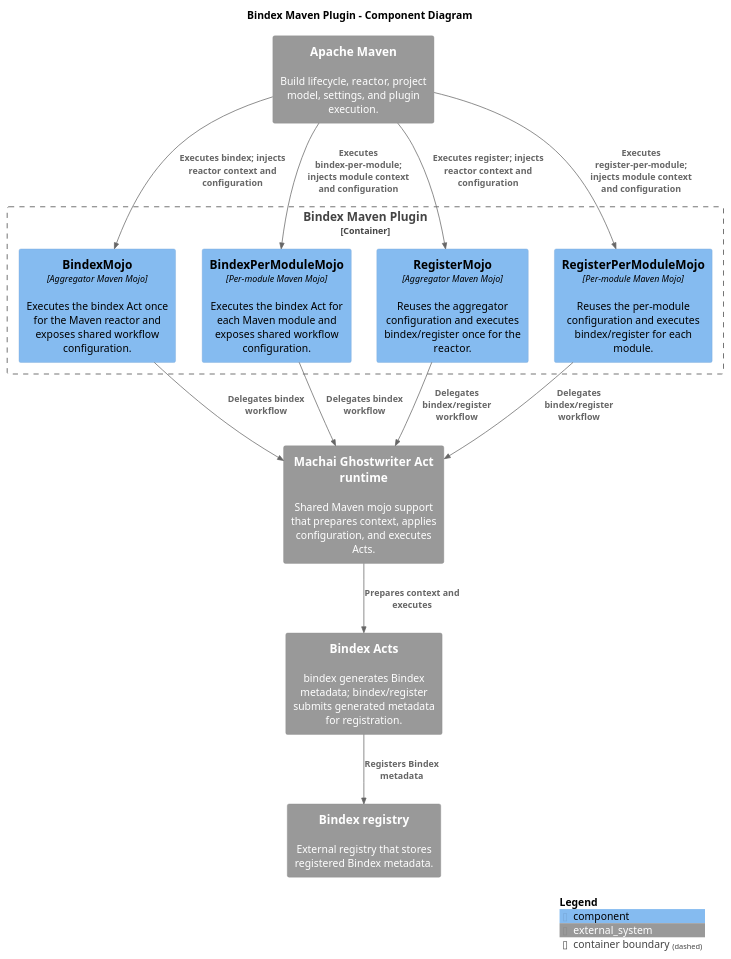
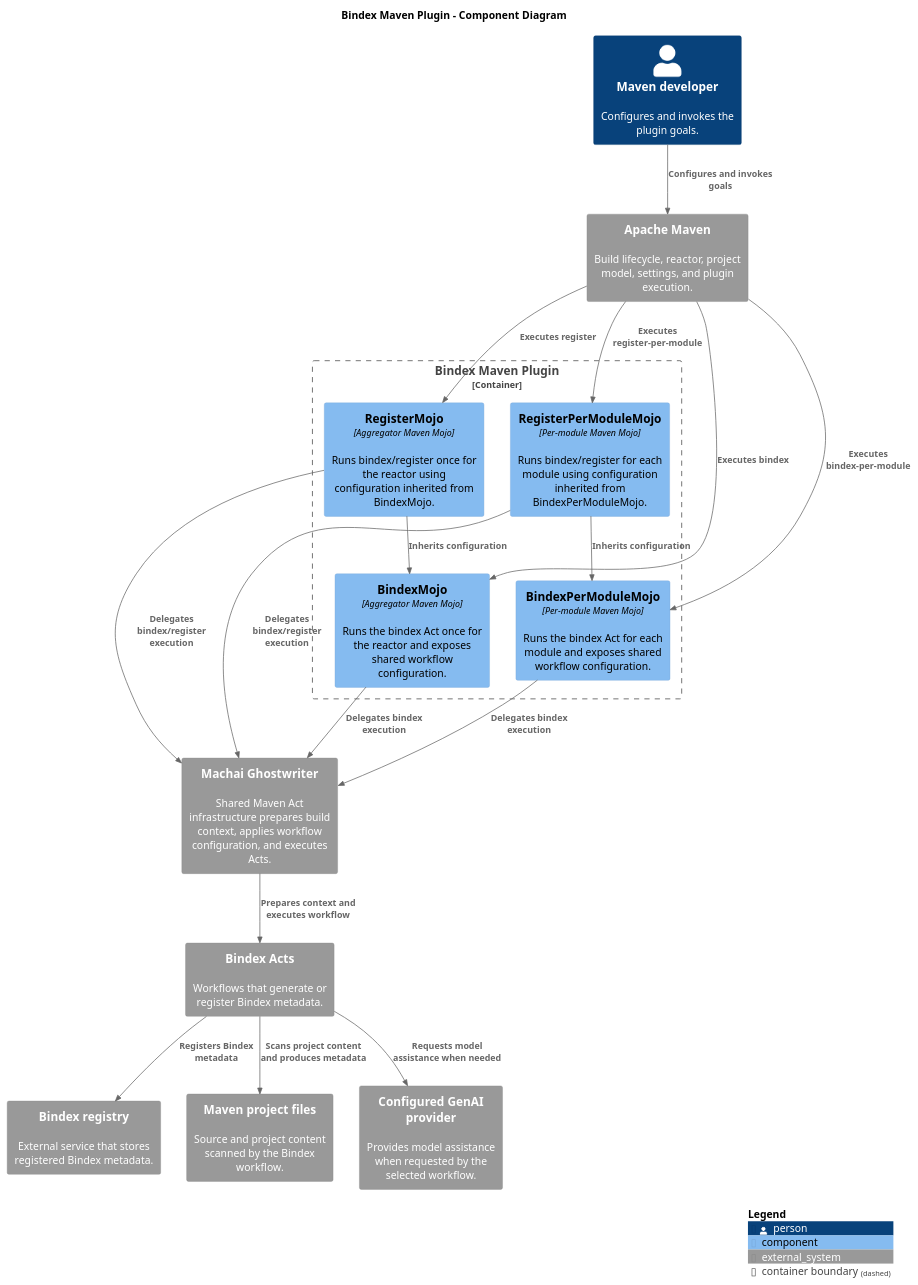
One commit to machanism-org/bindex-maven-plugin changed the diagram in src/site/puml/project-structure.puml. Above: the diagram before and after it, drawn with PlantUML.

Commit message:
docs: clarify Maven plugin component interactions
Add the Maven developer and project content, configured GenAI provider, and registry to the component diagram.

```diff
--- a/src/site/puml/project-structure.puml
+++ b/src/site/puml/project-structure.puml
@@ -11,31 +11,40 @@
 @startuml
 !include https://raw.githubusercontent.com/plantuml-stdlib/C4-PlantUML/master/C4_Component.puml
 
 LAYOUT_TOP_DOWN()
 title Bindex Maven Plugin - Component Diagram
 
+Person(developer, "Maven developer", "Configures and invokes the plugin goals.")
+
 Container_Boundary(plugin, "Bindex Maven Plugin") {
-  Component(bindexMojo, "BindexMojo", "Aggregator Maven Mojo", "Executes the bindex Act once for the Maven reactor and exposes shared workflow configuration.")
-  Component(bindexPerModuleMojo, "BindexPerModuleMojo", "Per-module Maven Mojo", "Executes the bindex Act for each Maven module and exposes shared workflow configuration.")
-  Component(registerMojo, "RegisterMojo", "Aggregator Maven Mojo", "Reuses the aggregator configuration and executes bindex/register once for the reactor.")
-  Component(registerPerModuleMojo, "RegisterPerModuleMojo", "Per-module Maven Mojo", "Reuses the per-module configuration and executes bindex/register for each module.")
+  Component(bindexMojo, "BindexMojo", "Aggregator Maven Mojo", "Runs the bindex Act once for the reactor and exposes shared workflow configuration.")
+  Component(bindexPerModuleMojo, "BindexPerModuleMojo", "Per-module Maven Mojo", "Runs the bindex Act for each module and exposes shared workflow configuration.")
+  Component(registerMojo, "RegisterMojo", "Aggregator Maven Mojo", "Runs bindex/register once for the reactor using configuration inherited from BindexMojo.")
+  Component(registerPerModuleMojo, "RegisterPerModuleMojo", "Per-module Maven Mojo", "Runs bindex/register for each module using configuration inherited from BindexPerModuleMojo.")
 }
 
 System_Ext(maven, "Apache Maven", "Build lifecycle, reactor, project model, settings, and plugin execution.")
-System_Ext(ghostwriter, "Machai Ghostwriter Act runtime", "Shared Maven mojo support that prepares context, applies configuration, and executes Acts.")
-System_Ext(bindexActs, "Bindex Acts", "bindex generates Bindex metadata; bindex/register submits generated metadata for registration.")
-System_Ext(registry, "Bindex registry", "External registry that stores registered Bindex metadata.")
+System_Ext(actRuntime, "Machai Ghostwriter", "Shared Maven Act infrastructure prepares build context, applies workflow configuration, and executes Acts.")
+System_Ext(bindexActs, "Bindex Acts", "Workflows that generate or register Bindex metadata.")
+System_Ext(bindexRegistry, "Bindex registry", "External service that stores registered Bindex metadata.")
+System_Ext(projectFiles, "Maven project files", "Source and project content scanned by the Bindex workflow.")
+System_Ext(genaiProvider, "Configured GenAI provider", "Provides model assistance when requested by the selected workflow.")
 
-Rel(maven, bindexMojo, "Executes bindex; injects reactor context and configuration")
-Rel(maven, bindexPerModuleMojo, "Executes bindex-per-module; injects module context and configuration")
-Rel(maven, registerMojo, "Executes register; injects reactor context and configuration")
-Rel(maven, registerPerModuleMojo, "Executes register-per-module; injects module context and configuration")
-Rel(bindexMojo, ghostwriter, "Delegates bindex workflow")
-Rel(bindexPerModuleMojo, ghostwriter, "Delegates bindex workflow")
-Rel(registerMojo, ghostwriter, "Delegates bindex/register workflow")
-Rel(registerPerModuleMojo, ghostwriter, "Delegates bindex/register workflow")
-Rel(ghostwriter, bindexActs, "Prepares context and executes")
-Rel(bindexActs, registry, "Registers Bindex metadata")
+Rel(developer, maven, "Configures and invokes goals")
+Rel(maven, bindexMojo, "Executes bindex")
+Rel(maven, bindexPerModuleMojo, "Executes bindex-per-module")
+Rel(maven, registerMojo, "Executes register")
+Rel(maven, registerPerModuleMojo, "Executes register-per-module")
+Rel(registerMojo, bindexMojo, "Inherits configuration")
+Rel(registerPerModuleMojo, bindexPerModuleMojo, "Inherits configuration")
+Rel(bindexMojo, actRuntime, "Delegates bindex execution")
+Rel(bindexPerModuleMojo, actRuntime, "Delegates bindex execution")
+Rel(registerMojo, actRuntime, "Delegates bindex/register execution")
+Rel(registerPerModuleMojo, actRuntime, "Delegates bindex/register execution")
+Rel(actRuntime, bindexActs, "Prepares context and executes workflow")
+Rel(bindexActs, projectFiles, "Scans project content and produces metadata")
+Rel(bindexActs, genaiProvider, "Requests model assistance when needed")
+Rel(bindexActs, bindexRegistry, "Registers Bindex metadata")
 
 SHOW_LEGEND()
 @enduml
```
